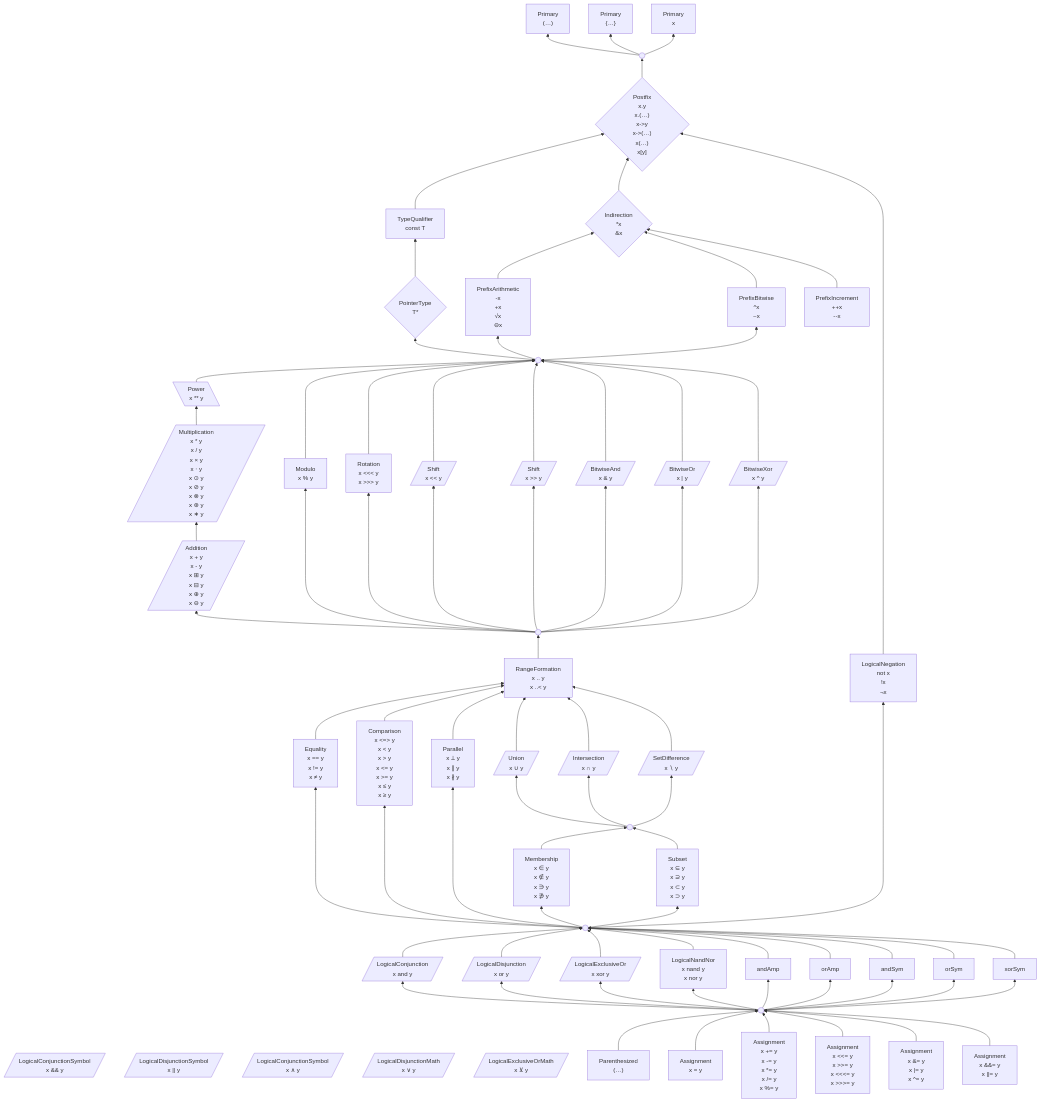
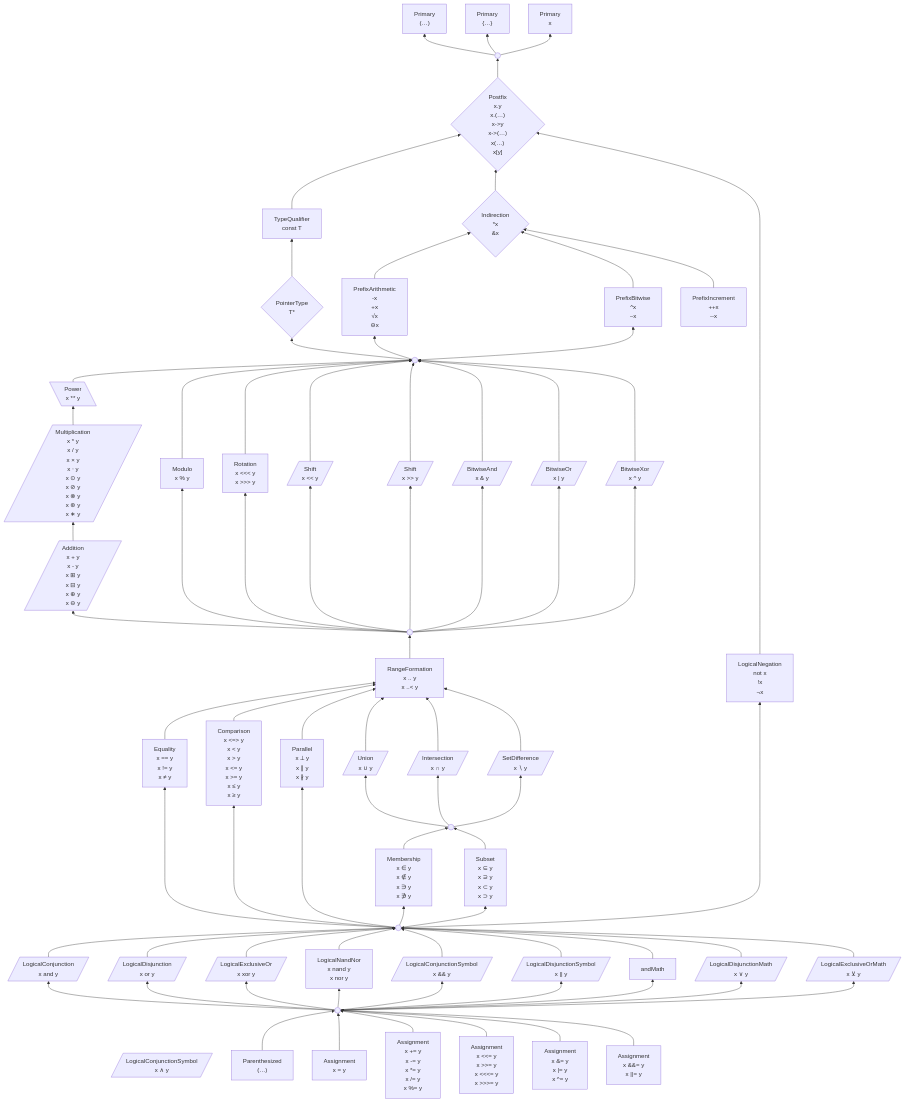
One commit to laro/Cilia changed the first of 2 diagrams in 6 .../2 Unfinished Ideas.md. Above: the diagram before and after it, drawn with Mermaid.

Commit message:
Update 2 Unfinished Ideas.md

```diff
--- a/6 .../2 Unfinished Ideas.md
+++ b/6 .../2 Unfinished Ideas.md
@@ -350,7 +350,7 @@
     %% as["Cast
 %%x as T"]
 
-    and & or & xor & nandNor & andAmp & orAmp & andSym & orSym & xorSym --> logicalOperand
+    and & or & xor & nandNor & andSymbol & orSymbol & andMath & orMath & xorMath --> logicalOperand
     and[/"LogicalConjunction
 x and y"/]
     or[/"LogicalDisjunction
@@ -372,7 +372,7 @@
 x ⊻ y"/]
 
     %% logicalExpression ---> as
-    logicalExpression --> and & or & xor & nandNor & andAmp & orAmp & andSym & orSym & xorSym
+    logicalExpression --> and & or & xor & nandNor & andSymbol & orSymbol & andMath & orMath & xorMath
     logicalExpression((" "))
 
 
```
